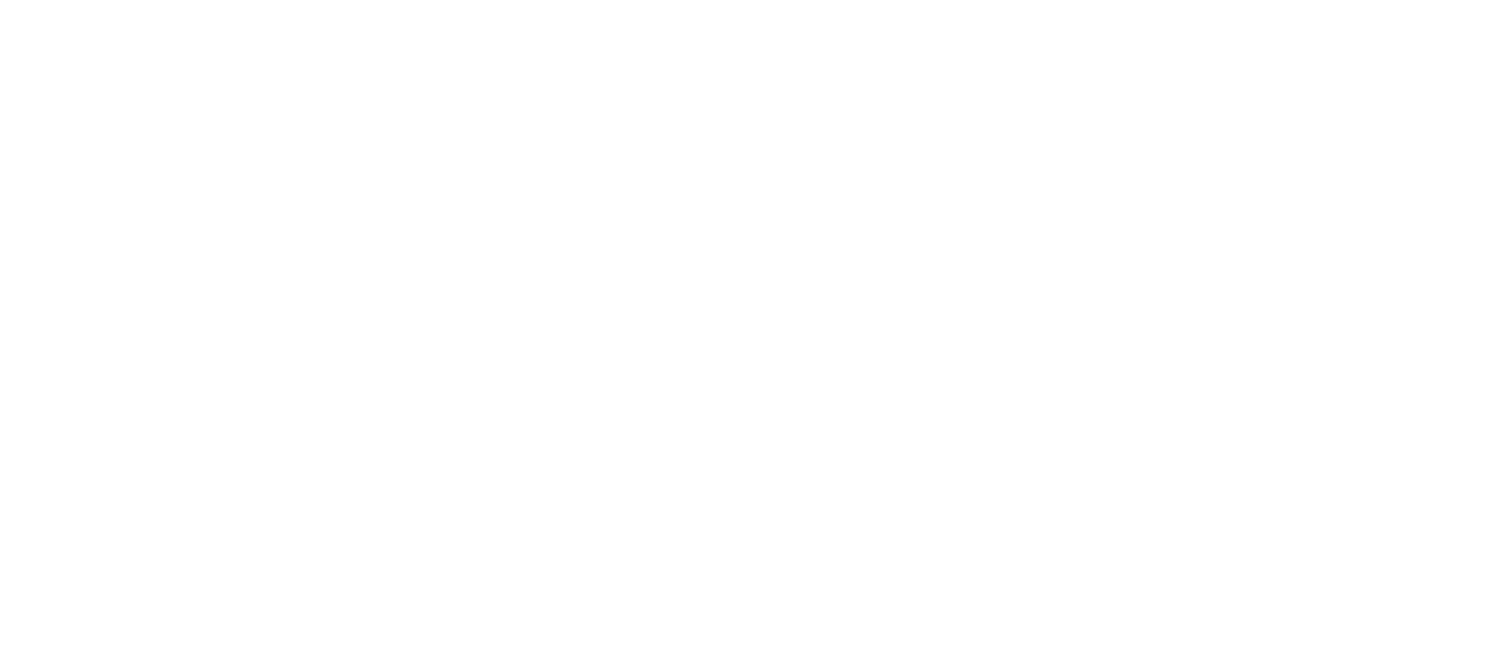
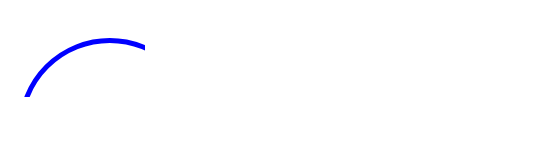
Before and after one commit to samarlahmar/Daar-projet1: the diagram in Visual/minimized.dot, drawn with Graphviz. The commit also changed 7 other files, not shown here.

```diff
--- a/Visual/minimized.dot
+++ b/Visual/minimized.dot
@@ -1,14 +1,9 @@
 digraph finite_state_machine {
 graph [ dpi = 400 ];
 rankdir=LR;
 size="8,5"
 node [shape = circle];
-0 [label="0" color="blue"]0 -> 18 [label="S"];
-18 [label="18" color="black"]18 -> 18 [label="a"];
-18 -> 18 [label="r"];
-18 -> 18 [label="g"];
-18 -> 22 [label="o"];
-22 [label="22" color="black"]22 -> 23 [label="n"];
-23 [label="23" color="green"];
-23 [shape = doublecircle];
+0 [label="0" color="blue"]0 -> 2 [label="a"];
+2 [label="2" color="green"];
+2 [shape = doublecircle];
 }
```
